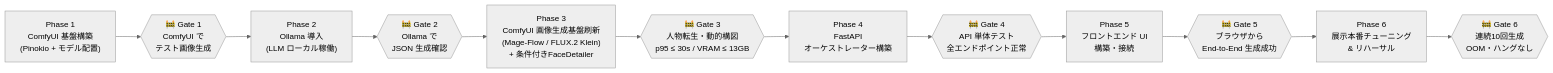
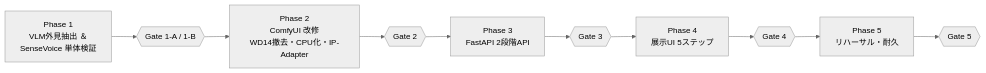
One commit to nasabanaru-sketch/StoryWeaver changed the second of 2 diagrams in docs/plans/README.md. Above: the diagram before and after it, drawn with Mermaid (neutral theme). The commit also changed other lines of this file and 3 other files, not shown here.

````diff
--- a/docs/plans/README.md
+++ b/docs/plans/README.md
@@ -30,17 +143,8 @@
 ```mermaid
 graph LR
-    P1["Phase 1\nComfyUI 基盤構築\n(Pinokio + モデル配置)"]
-    G1{{"🚧 Gate 1\nComfyUI で\nテスト画像生成"}}
-    P2["Phase 2\nOllama 導入\n(LLM ローカル稼働)"]
-    G2{{"🚧 Gate 2\nOllama で\nJSON 生成確認"}}
-    P3["Phase 3\nComfyUI 画像生成基盤刷新\n(Mage-Flow / FLUX.2 Klein)\n+ 条件付きFaceDetailer"]
-    G3{{"🚧 Gate 3\n人物転生・動的構図\np95 ≤ 30s / VRAM ≤ 13GB"}}
-    P4["Phase 4\nFastAPI\nオーケストレーター構築"]
-    G4{{"🚧 Gate 4\nAPI 単体テスト\n全エンドポイント正常"}}
-    P5["Phase 5\nフロントエンド UI\n構築・接続"]
-    G5{{"🚧 Gate 5\nブラウザから\nEnd-to-End 生成成功"}}
-    P6["Phase 6\n展示本番チューニング\n& リハーサル"]
-    G6{{"🚧 Gate 6\n連続10回生成\nOOM・ハングなし"}}
-
-    P1 --> G1 --> P2 --> G2 --> P3 --> G3 --> P4 --> G4 --> P5 --> G5 --> P6 --> G6
+    P1["Phase 1<br/>VLM外見抽出 ＆<br/>SenseVoice 単体検証"] --> G1{{"Gate 1-A / 1-B"}}
+    G1 --> P2["Phase 2<br/>ComfyUI 改修<br/>WD14撤去・CPU化・IP-Adapter"] --> G2{{"Gate 2"}}
+    G2 --> P3["Phase 3<br/>FastAPI 2段階API"] --> G3{{"Gate 3"}}
+    G3 --> P4["Phase 4<br/>展示UI 5ステップ"] --> G4{{"Gate 4"}}
+    G4 --> P5["Phase 5<br/>リハーサル・耐久"] --> G5{{"Gate 5"}}
 ```
````
